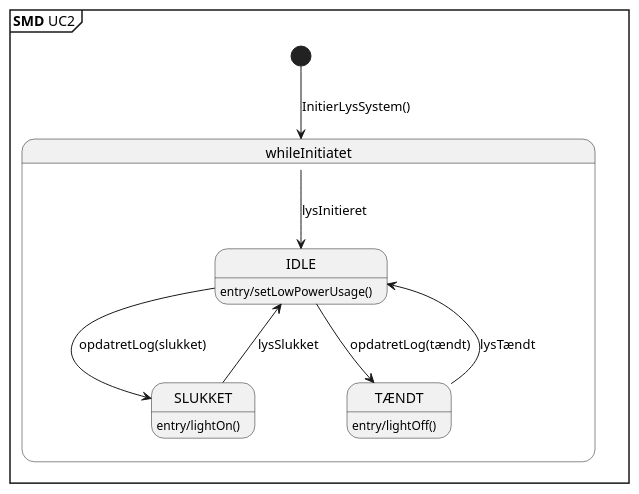
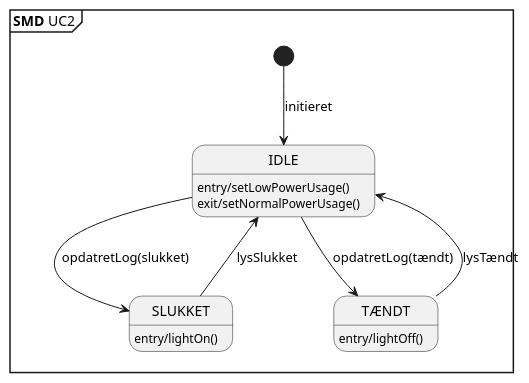
Before and after one commit to Tukkel/Projekt_2: the diagram in SysML/Software Arkitektur-Design/UC2 AM/SMD UC2.puml, drawn with PlantUML. The commit also changed 3 other files, not shown here.

```diff
--- a/SysML/Software Arkitektur-Design/UC2 AM/SMD UC2.puml
+++ b/SysML/Software Arkitektur-Design/UC2 AM/SMD UC2.puml
@@ -1,25 +1,25 @@
 @startuml SMD UC2
 
 mainframe **SMD** UC2
 
 hide empty description
 
-[*] --> whileInitiatet : InitierLysSystem()
-
-state whileInitiatet {
+[*] --> IDLE : initieret
 
 state IDLE : entry/setLowPowerUsage()
+state IDLE : exit/setNormalPowerUsage()  
+
 state SLUKKET : entry/lightOn()
 state TÆNDT  : entry/lightOff()
 
-whileInitiatet --> IDLE :lysInitieret
+
 IDLE --> TÆNDT : opdatretLog(tændt)
 TÆNDT --> IDLE : lysTændt
 
 IDLE --> SLUKKET : opdatretLog(slukket)
 SLUKKET --> IDLE : lysSlukket
 
-}
+
 
 
 @enduml
```
